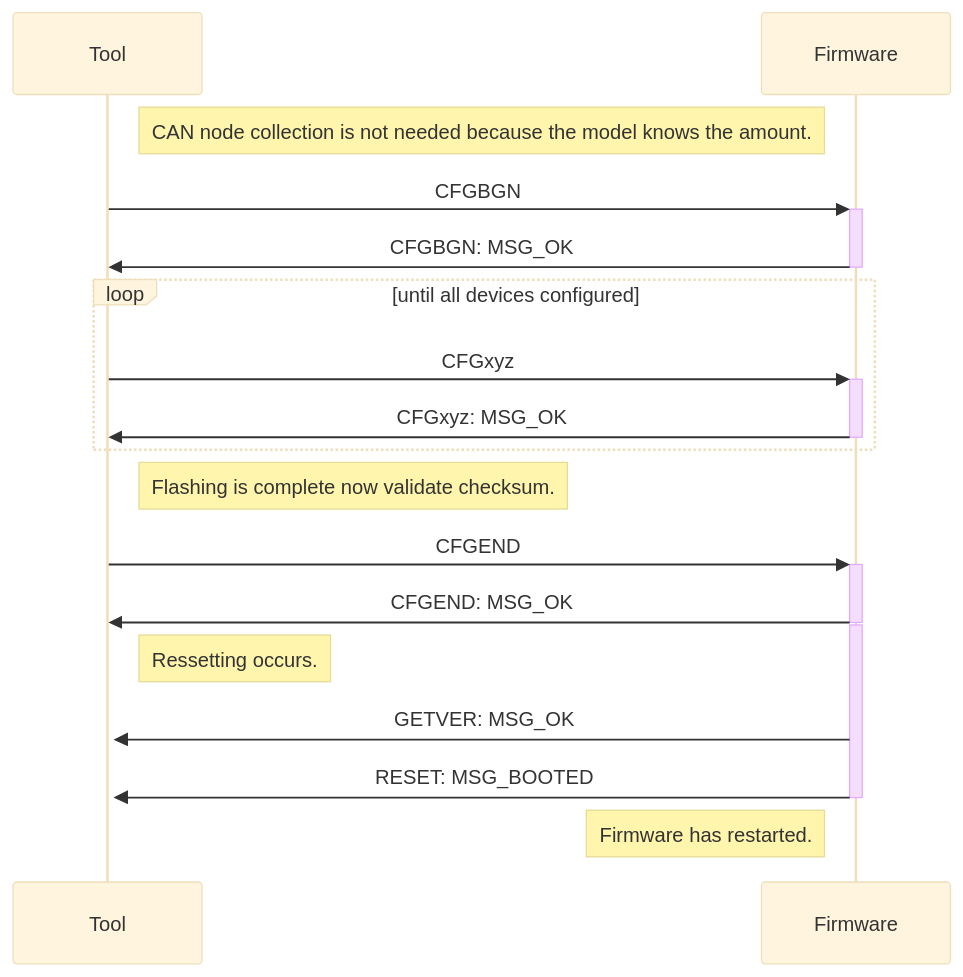
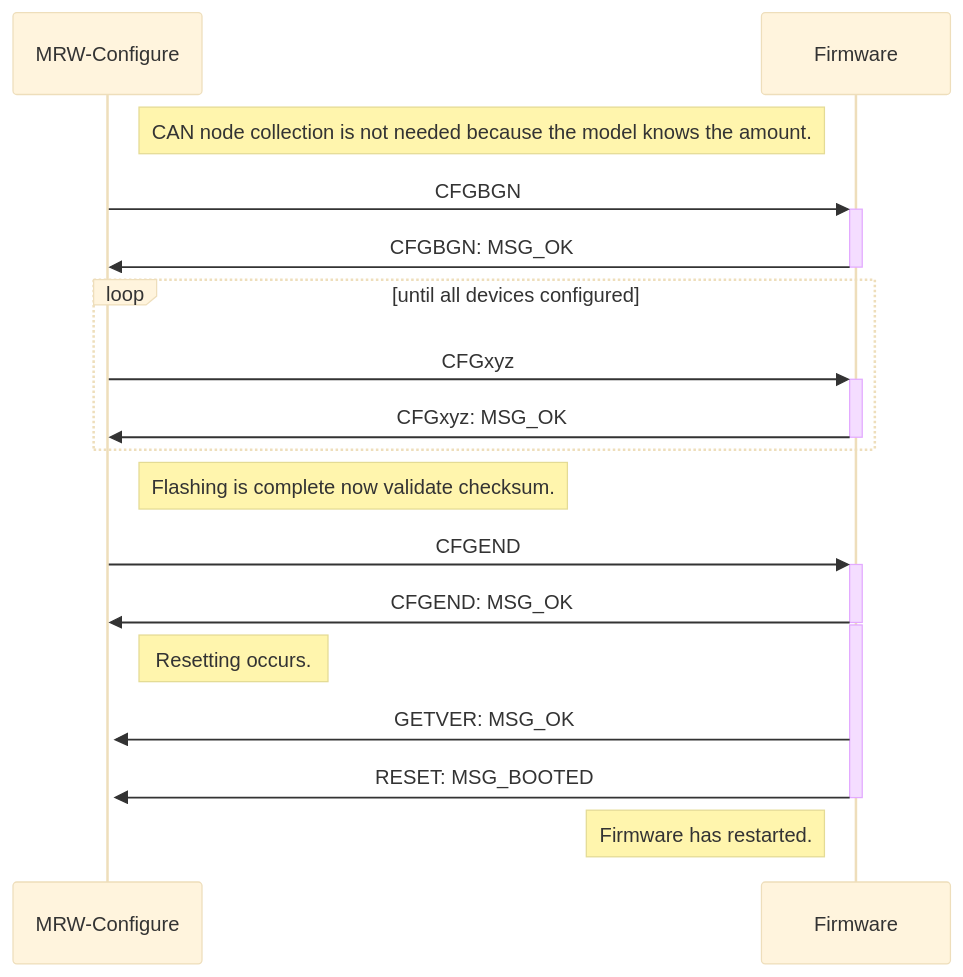
Before and after one commit to stmork/mrw-track-control-ng: the diagram in tools/config/README.md, drawn with Mermaid (base theme). The commit also changed 2 other files, not shown here.

Commit message:
Renamed participants.

````diff
--- a/tools/config/README.md
+++ b/tools/config/README.md
@@ -13,27 +13,27 @@
 ```mermaid
 sequenceDiagram
-	Participant T as Tool
+	Participant T as MRW-Configure
 	Participant F as Firmware
 
 	Note right of T: CAN node collection is not needed because the model knows the amount.
 	T ->> +F: CFGBGN
 	F ->> -T: CFGBGN: MSG_OK
 
 	loop until all devices configured
 		T ->> +F: CFGxyz
 		F ->> -T: CFGxyz: MSG_OK
 	end
 
 	Note right of T: Flashing is complete now validate checksum.
 	T ->> +F: CFGEND
 
 	F ->> -T: CFGEND: MSG_OK
 
 	activate F
-	Note right of T: Ressetting occurs.
+	Note right of T: Resetting occurs.
 
 	F ->> +T: GETVER: MSG_OK
 	F ->> -T: RESET: MSG_BOOTED
 
 	Note left of F: Firmware has restarted.
 ```
````
